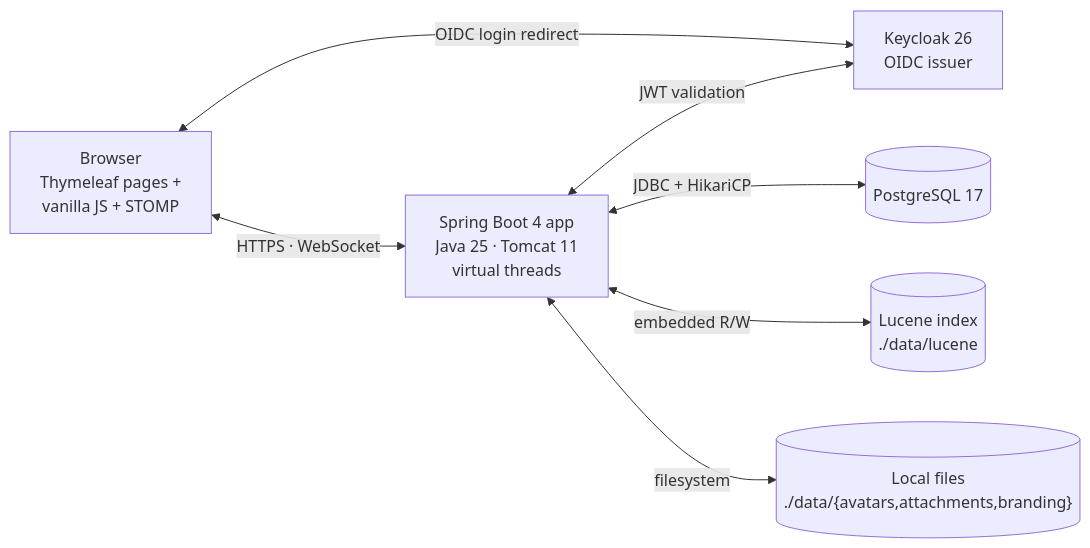
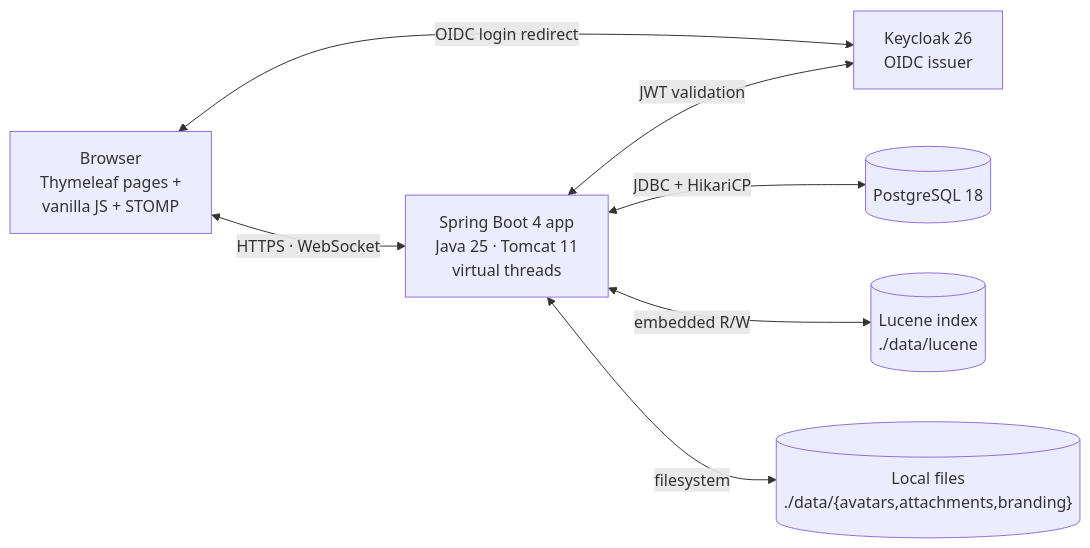
The first of 3 diagrams in README.md (IntelliStream-DataHub/intellistream-chat), drawn with Mermaid before and after one commit. The commit also changed other lines of this file and 27 other files, not shown here.

First line of the commit message:
Upgrade PostgreSQL 17 → 18

````diff
--- a/README.md
+++ b/README.md
@@ -414,16 +414,16 @@
 ```mermaid
 flowchart LR
   Browser["Browser<br/>Thymeleaf pages +<br/>vanilla JS + STOMP"]
   App["Spring Boot 4 app<br/>Java 25 · Tomcat 11<br/>virtual threads"]
   KC["Keycloak 26<br/>OIDC issuer"]
-  PG[("PostgreSQL 17")]
+  PG[("PostgreSQL 18")]
   Lx[("Lucene index<br/>./data/lucene")]
   Fs[("Local files<br/>./data/{avatars,attachments,branding}")]
 
   Browser <-- "HTTPS · WebSocket" --> App
   Browser <-- "OIDC login redirect" --> KC
   App <-- "JWT validation" --> KC
   App <-- "JDBC + HikariCP" --> PG
   App <-- "embedded R/W" --> Lx
   App <-- "filesystem" --> Fs
 ```
````
